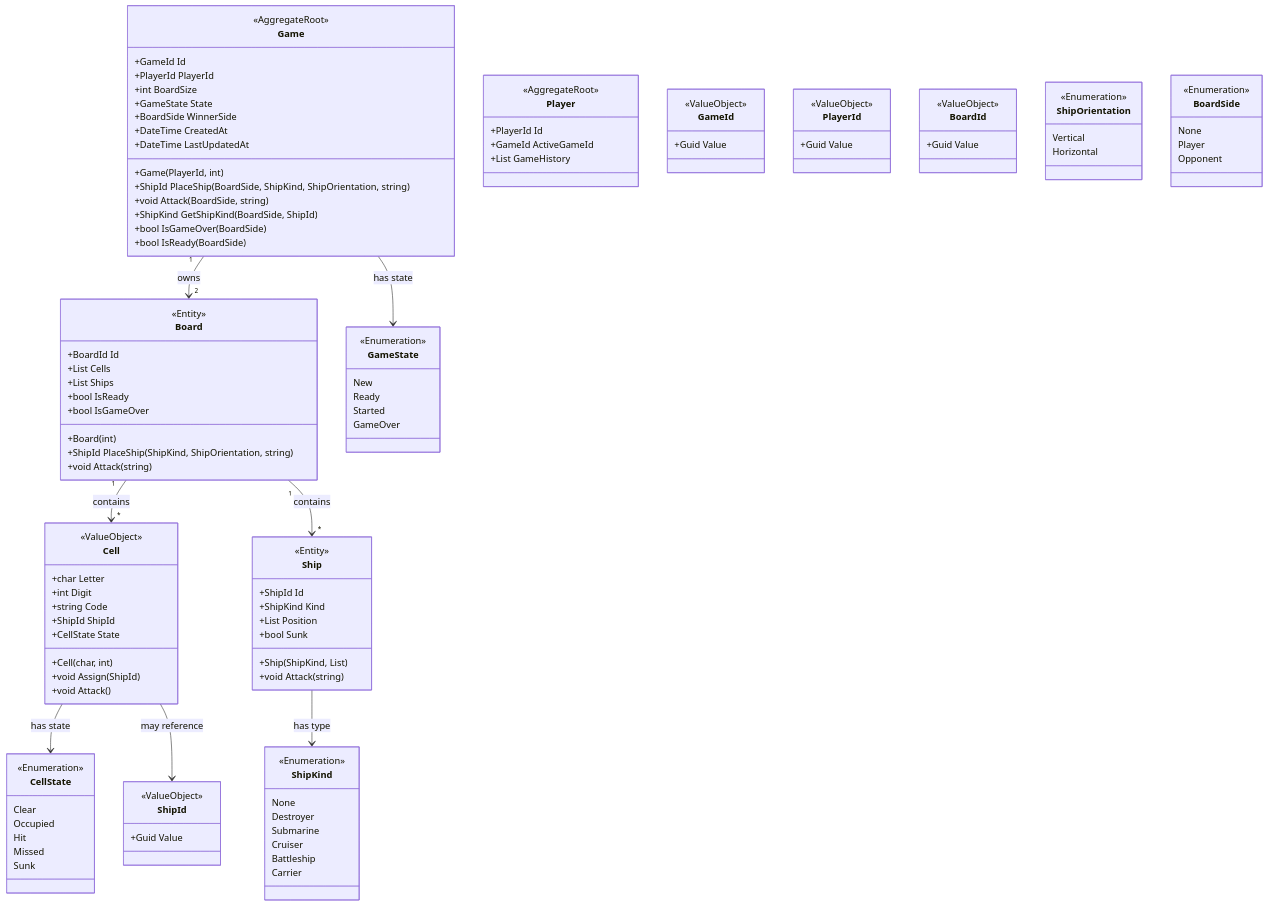
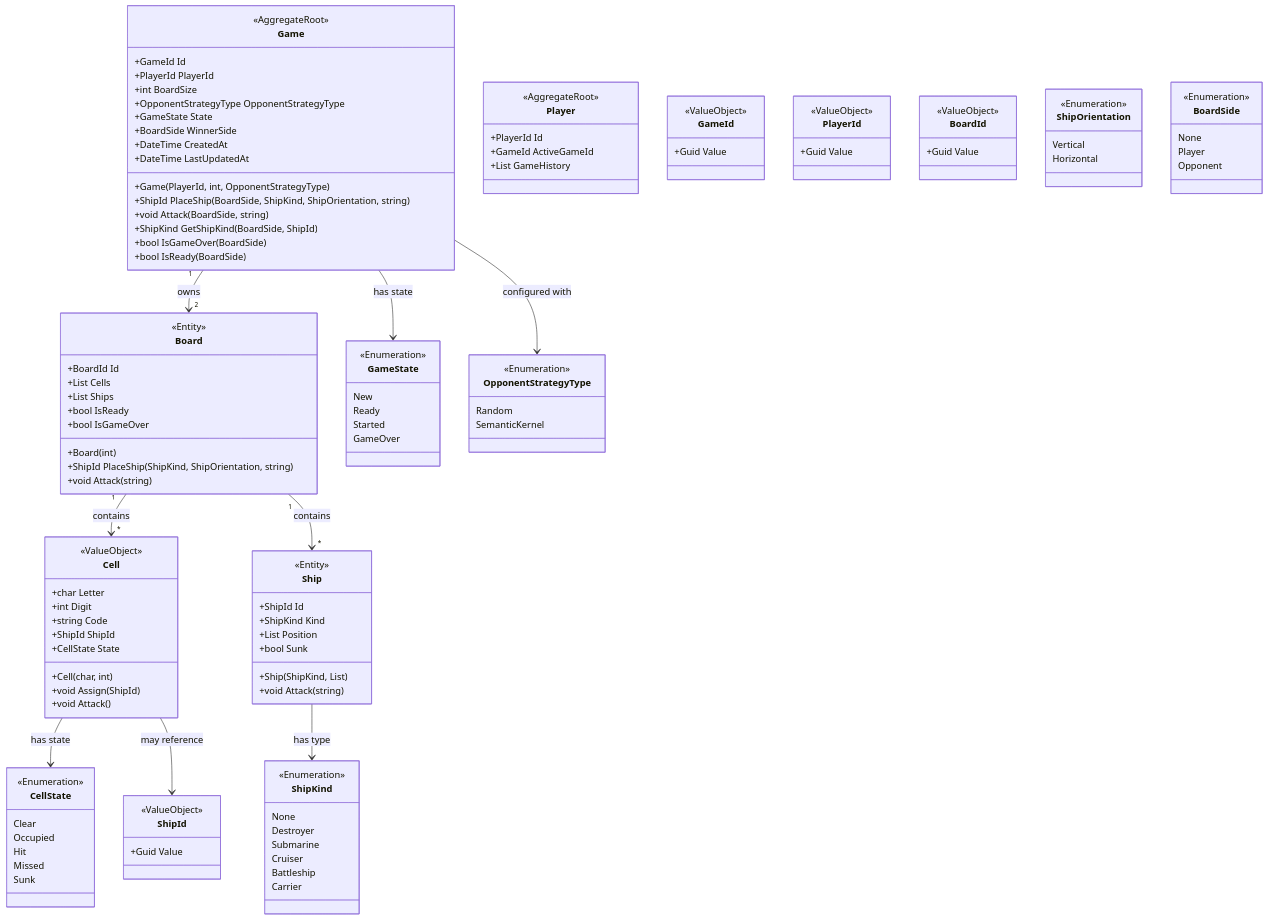
Before and after one commit to wahidshalaly/battleship-game: the first of 3 diagrams in docs/design.md, drawn with Mermaid. The commit also changed other lines of this file and 21 other files, not shown here.

Commit message:
Implement `SemanticKernelStrategy` using Claude Opus 4.5

```diff
--- a/docs/design.md
+++ b/docs/design.md
@@ -22,11 +22,12 @@
         +GameId Id
         +PlayerId PlayerId
         +int BoardSize
+        +OpponentStrategyType OpponentStrategyType
         +GameState State
         +BoardSide WinnerSide
         +DateTime CreatedAt
         +DateTime LastUpdatedAt
-        +Game(PlayerId, int)
+        +Game(PlayerId, int, OpponentStrategyType)
         +ShipId PlaceShip(BoardSide, ShipKind, ShipOrientation, string)
         +void Attack(BoardSide, string)
         +ShipKind GetShipKind(BoardSide, ShipId)
@@ -135,7 +136,14 @@
         GameOver
     }
 
+    class OpponentStrategyType {
+        <<Enumeration>>
+        Random
+        SemanticKernel
+    }
+
     Game "1" --> "2" Board : owns
+    Game --> OpponentStrategyType : configured with
     Board "1" --> "*" Cell : contains
     Board "1" --> "*" Ship : contains
     Ship --> ShipKind : has type
```
